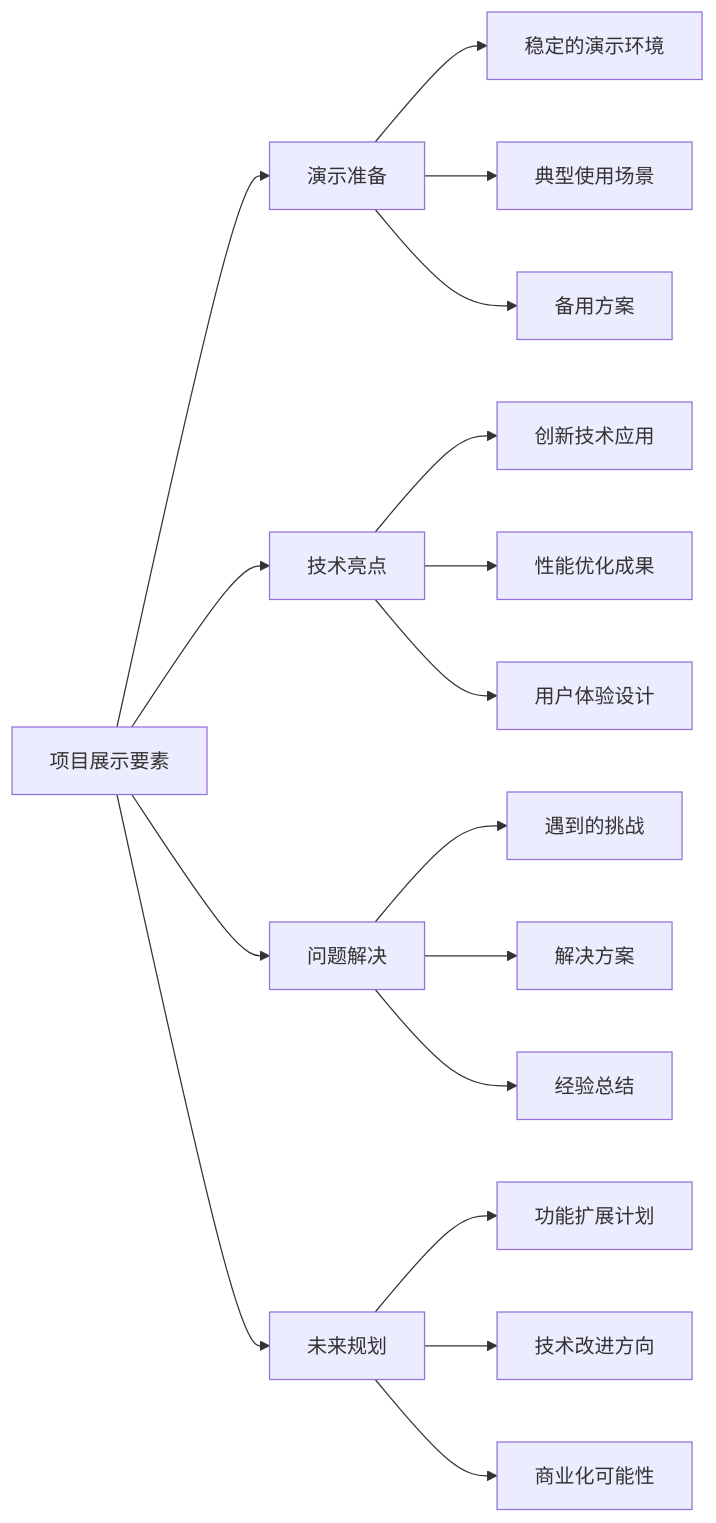
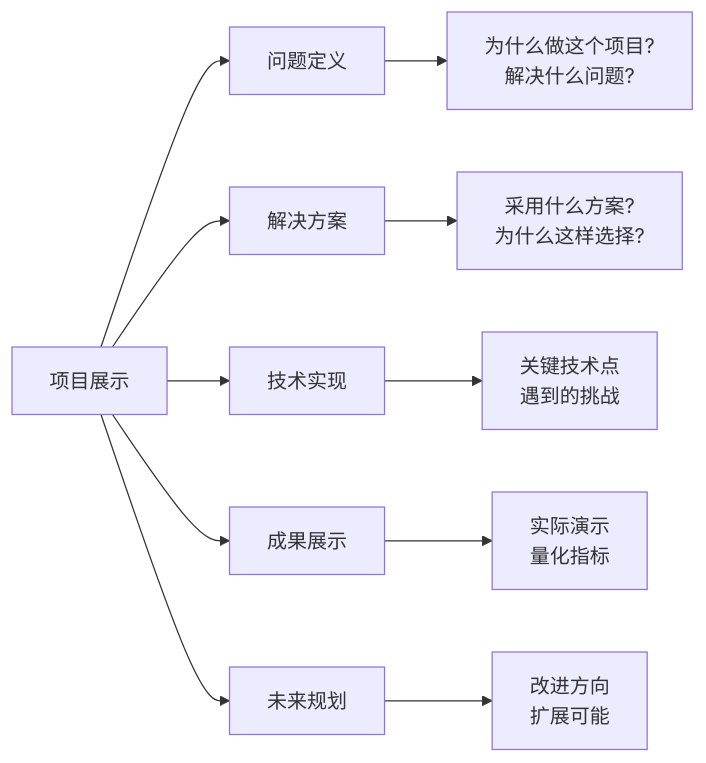
One commit to youjing-mz/snake changed the eighth of 9 diagrams in 课时4-多人游戏与项目总结/README.md. Above: the diagram before and after it, drawn with Mermaid. The commit also changed other lines of this file and 8 other files, not shown here.

````diff
--- a/课时4-多人游戏与项目总结/README.md
+++ b/课时4-多人游戏与项目总结/README.md
@@ -235,23 +196,14 @@
 ```mermaid
 graph LR
-    A[项目展示要素] --> B[演示准备]
-    A --> C[技术亮点]
-    A --> D[问题解决]
-    A --> E[未来规划]
+    A[项目展示] --> B[问题定义]
+    A --> C[解决方案]
+    A --> D[技术实现]
+    A --> E[成果展示]
+    A --> F[未来规划]
     
-    B --> B1[稳定的演示环境]
-    B --> B2[典型使用场景]
-    B --> B3[备用方案]
-    
-    C --> C1[创新技术应用]
-    C --> C2[性能优化成果]
-    C --> C3[用户体验设计]
-    
-    D --> D1[遇到的挑战]
-    D --> D2[解决方案]
-    D --> D3[经验总结]
-    
-    E --> E1[功能扩展计划]
-    E --> E2[技术改进方向]
-    E --> E3[商业化可能性]
+    B --> B1[为什么做这个项目?<br/>解决什么问题?]
+    C --> C1[采用什么方案?<br/>为什么这样选择?]
+    D --> D1[关键技术点<br/>遇到的挑战]
+    E --> E1[实际演示<br/>量化指标]
+    F --> F1[改进方向<br/>扩展可能]
 ```
````
